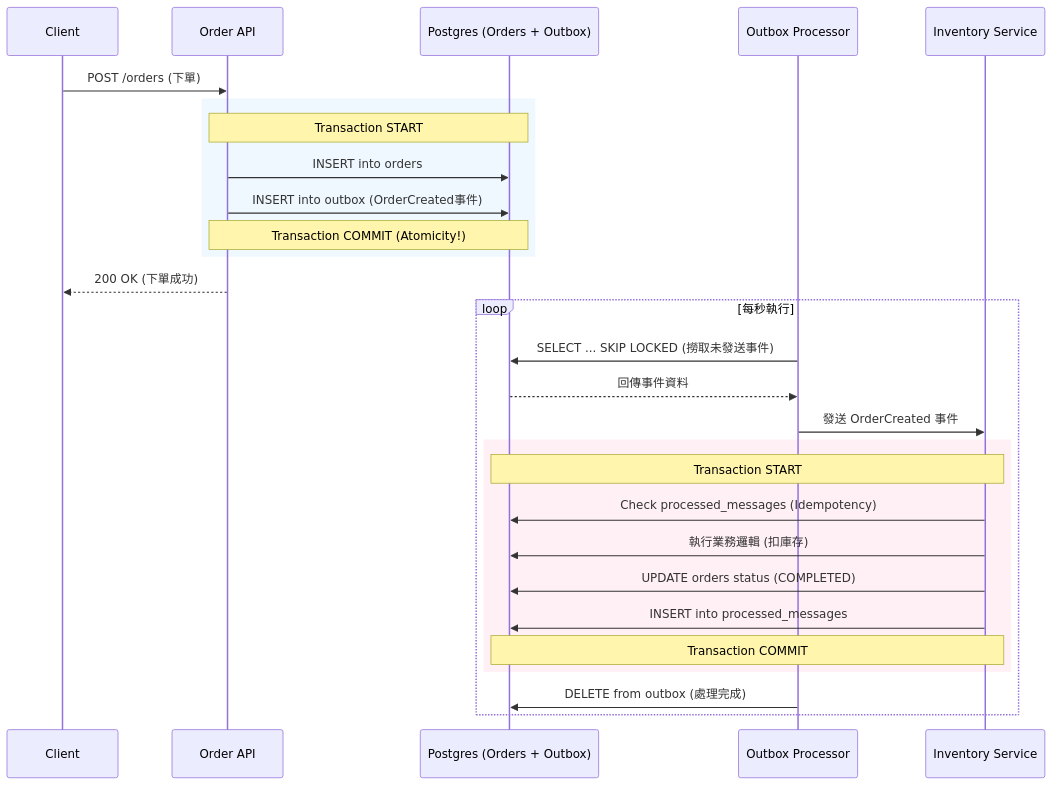
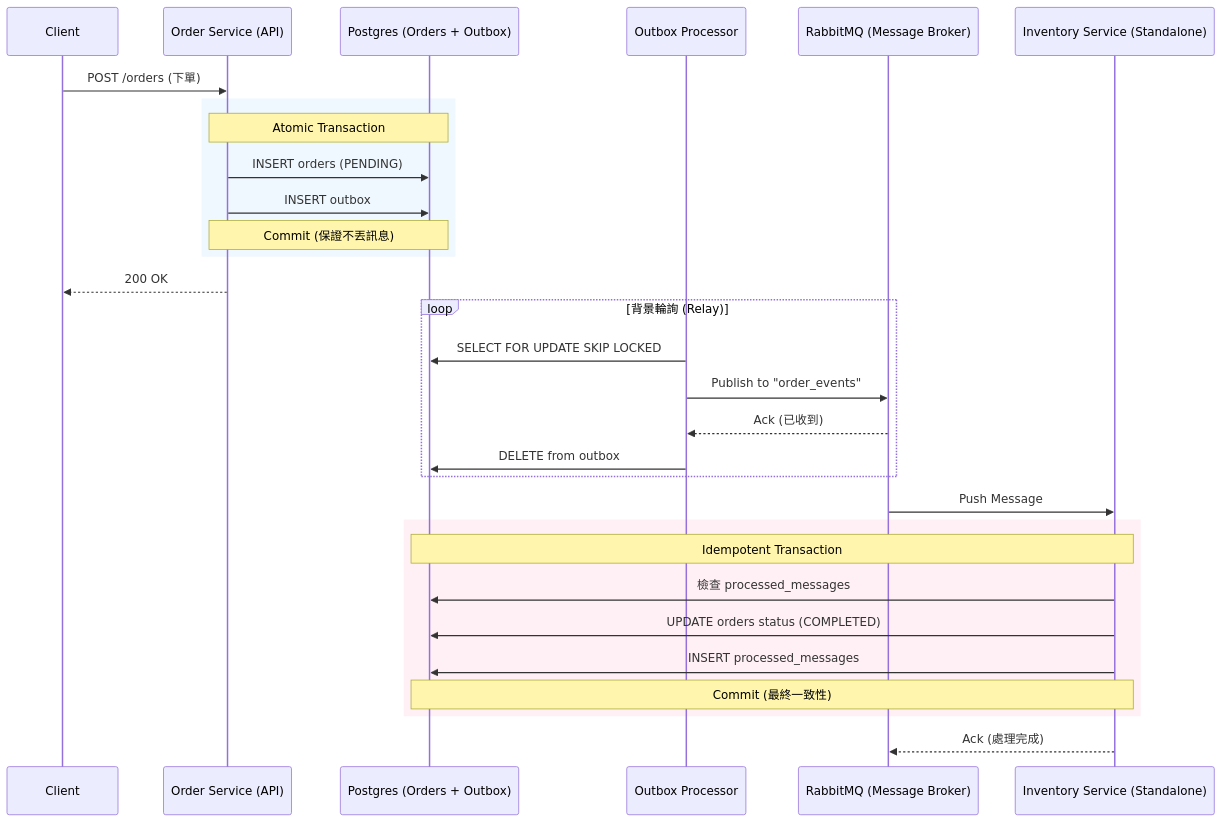
One commit to AbinterDon/transation-outbox-pattern changed the diagram in README_zh.md. Above: the diagram before and after it, drawn with Mermaid. The commit also changed other lines of this file and 1 other file, not shown here.

Commit message:
Update READMEs to reflect final RabbitMQ-based distributed architecture

````diff
--- a/README_zh.md
+++ b/README_zh.md
@@ -9,32 +9,35 @@
 ```mermaid
 sequenceDiagram
     participant Client
-    participant API as Order API
+    participant OrderSvc as Order Service (API)
     participant DB as Postgres (Orders + Outbox)
     participant Worker as Outbox Processor
-    participant Consumer as Inventory Service
+    participant MQ as RabbitMQ (Message Broker)
+    participant Consumer as Inventory Service (Standalone)
 
-    Client->>API: POST /orders (下單)
+    Client->>OrderSvc: POST /orders (下單)
     rect rgb(240, 248, 255)
-    Note over API, DB: Transaction START
-    API->>DB: INSERT into orders
-    API->>DB: INSERT into outbox (OrderCreated事件)
-    Note over API, DB: Transaction COMMIT (Atomicity!)
+    Note over OrderSvc, DB: Atomic Transaction
+    OrderSvc->>DB: INSERT orders (PENDING)
+    OrderSvc->>DB: INSERT outbox
+    Note over OrderSvc, DB: Commit (保證不丟訊息)
     end
-    API-->>Client: 200 OK (下單成功)
+    OrderSvc-->>Client: 200 OK
 
-    loop 每秒執行
-        Worker->>DB: SELECT ... SKIP LOCKED (撈取未發送事件)
-        DB-->>Worker: 回傳事件資料
-        Worker->>Consumer: 發送 OrderCreated 事件
-        rect rgb(255, 240, 245)
-        Note over Consumer, DB: Transaction START
-        Consumer->>DB: Check processed_messages (Idempotency)
-        Consumer->>DB: 執行業務邏輯 (扣庫存)
-        Consumer->>DB: UPDATE orders status (COMPLETED)
-        Consumer->>DB: INSERT into processed_messages
-        Note over Consumer, DB: Transaction COMMIT
-        end
-        Worker->>DB: DELETE from outbox (處理完成)
+    loop 背景輪詢 (Relay)
+        Worker->>DB: SELECT FOR UPDATE SKIP LOCKED
+        Worker->>MQ: Publish to "order_events"
+        MQ-->>Worker: Ack (已收到)
+        Worker->>DB: DELETE from outbox
     end
+
+    MQ->>Consumer: Push Message
+    rect rgb(255, 240, 245)
+    Note over Consumer, DB: Idempotent Transaction
+    Consumer->>DB: 檢查 processed_messages
+    Consumer->>DB: UPDATE orders status (COMPLETED)
+    Consumer->>DB: INSERT processed_messages
+    Note over Consumer, DB: Commit (最終一致性)
+    end
+    Consumer-->>MQ: Ack (處理完成)
 ```
````
